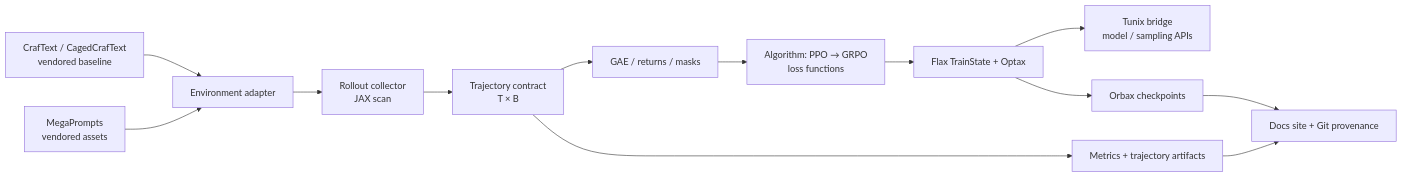
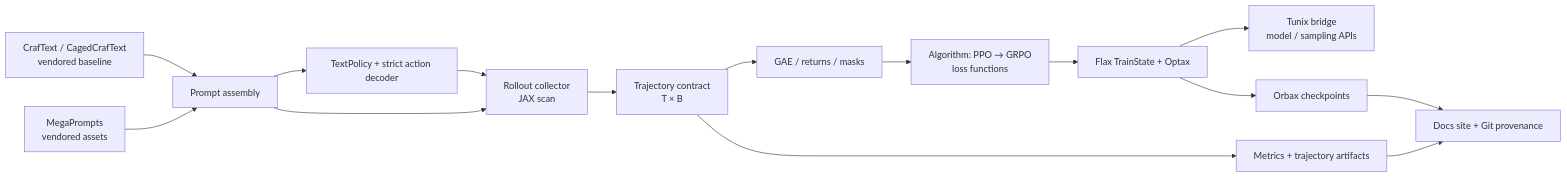
One commit to Lukashevskiy/tunix-agents changed the diagram in docs/architecture.md. Above: the diagram before and after it, drawn with Mermaid. The commit also changed 2 other files, not shown here.

Commit message:
docs: synchronize text policy delivery status

````diff
--- a/docs/architecture.md
+++ b/docs/architecture.md
@@ -3,15 +3,17 @@
 ```mermaid
 flowchart LR
   E[CrafText / CagedCrafText\nvendored baseline] --> A[Environment adapter]
   P[MegaPrompts\nvendored assets] --> A
+  A[Prompt assembly] --> TP[TextPolicy + strict action decoder]
+  TP --> R
   A --> R[Rollout collector\nJAX scan]
   R --> C[Trajectory contract\nT × B]
   C --> G[GAE / returns / masks]
   G --> L[Algorithm: PPO → GRPO\nloss functions]
   L --> O[Flax TrainState + Optax]
   O --> T[Tunix bridge\nmodel / sampling APIs]
   O --> K[Orbax checkpoints]
   C --> M[Metrics + trajectory artifacts]
   K --> D[Docs site + Git provenance]
   M --> D
 ```
````
